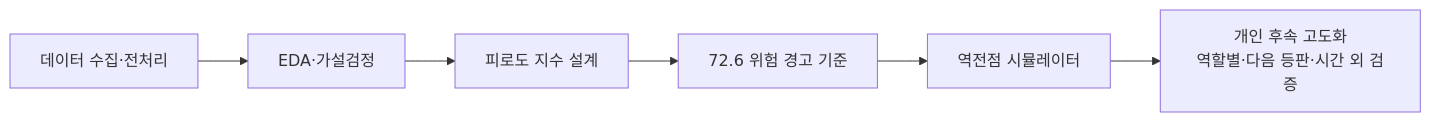
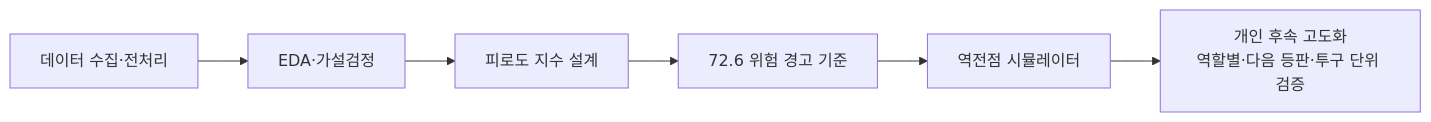
The diagram in README.md (jinwon25/KBO-pitcher-fatigue), drawn with Mermaid before and after one commit. The commit also changed other lines of this file and 20 other files, not shown here.

````diff
--- a/README.md
+++ b/README.md
@@ -9,8 +9,8 @@
 ```mermaid
 flowchart LR
     A[데이터 수집·전처리] --> B[EDA·가설검정]
     B --> C[피로도 지수 설계]
     C --> D[72.6 위험 경고 기준]
     D --> E[역전점 시뮬레이터]
-    E --> F[개인 후속 고도화<br/>역할별·다음 등판·시간 외 검증]
+    E --> F[개인 후속 고도화<br/>역할별·다음 등판·투구 단위 검증]
 ```
````
